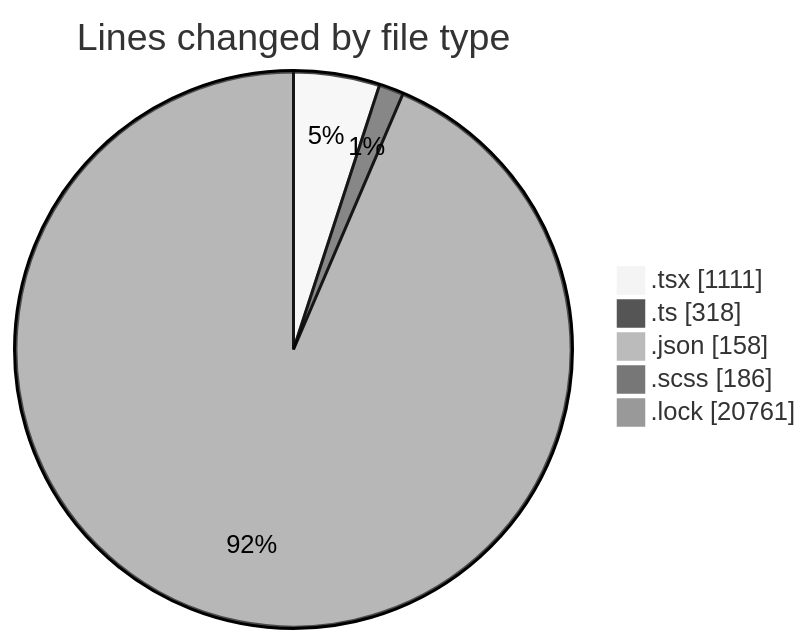
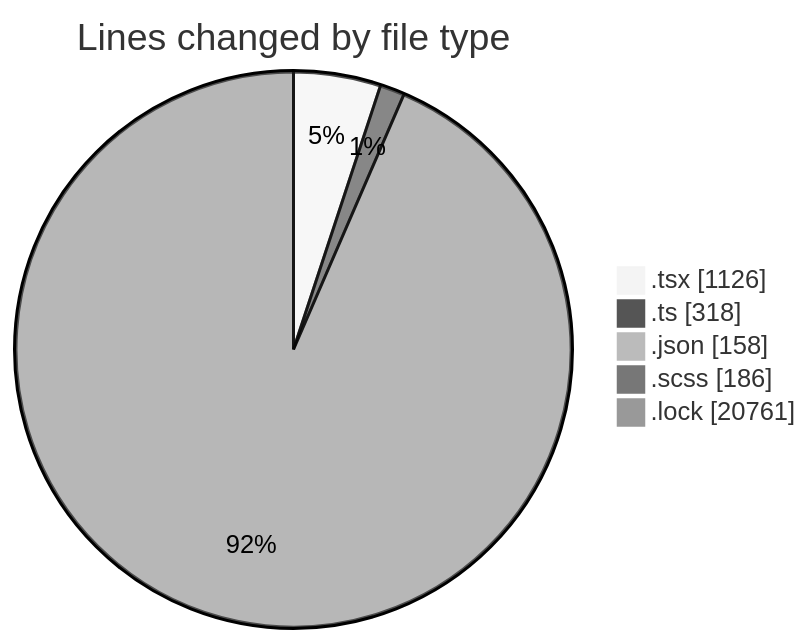
The first of 2 diagrams in 2025-04-29/cda/README.md (momahboobian/code-tracking), drawn with Mermaid (neutral theme) before and after one commit. The commit also changed other lines of this file and 1 other file, not shown here.

````diff
--- a/2025-04-29/cda/README.md
+++ b/2025-04-29/cda/README.md
@@ -38,9 +38,9 @@
 ```mermaid
 pie showData
 title Lines changed by file type
-".tsx" : 1111
+".tsx" : 1126
 ".ts" : 318
 ".json" : 158
 ".scss" : 186
 ".lock" : 20761
 ```
````
